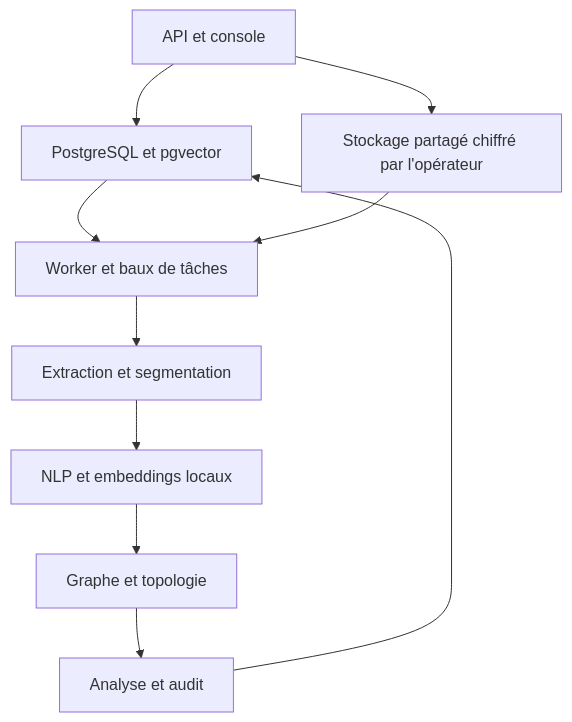
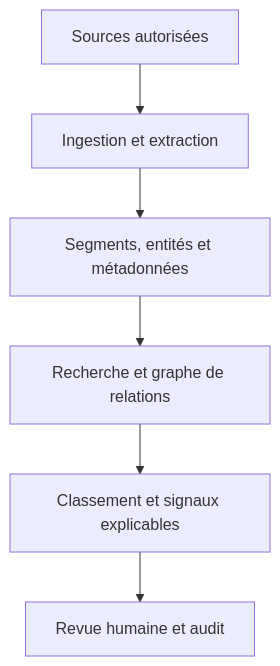
One commit to Matt95354855/Harness changed the diagram in README.md. Above: the diagram before and after it, drawn with Mermaid. The commit also changed other lines of this file, not shown here.

````diff
--- a/README.md
+++ b/README.md
@@ -37,12 +30,8 @@
 ```mermaid
 flowchart TD
-    A["API et console"] --> B["PostgreSQL et pgvector"]
-    A --> C["Stockage partagé chiffré par l'opérateur"]
-    B --> D["Worker et baux de tâches"]
-    C --> D
-    D --> E["Extraction et segmentation"]
-    E --> F["NLP et embeddings locaux"]
-    F --> G["Graphe et topologie"]
-    G --> H["Analyse et audit"]
-    H --> B
+    A["Sources autorisées"] --> B["Ingestion et extraction"]
+    B --> C["Segments, entités et métadonnées"]
+    C --> D["Recherche et graphe de relations"]
+    D --> E["Classement et signaux explicables"]
+    E --> F["Revue humaine et audit"]
 ```
````
